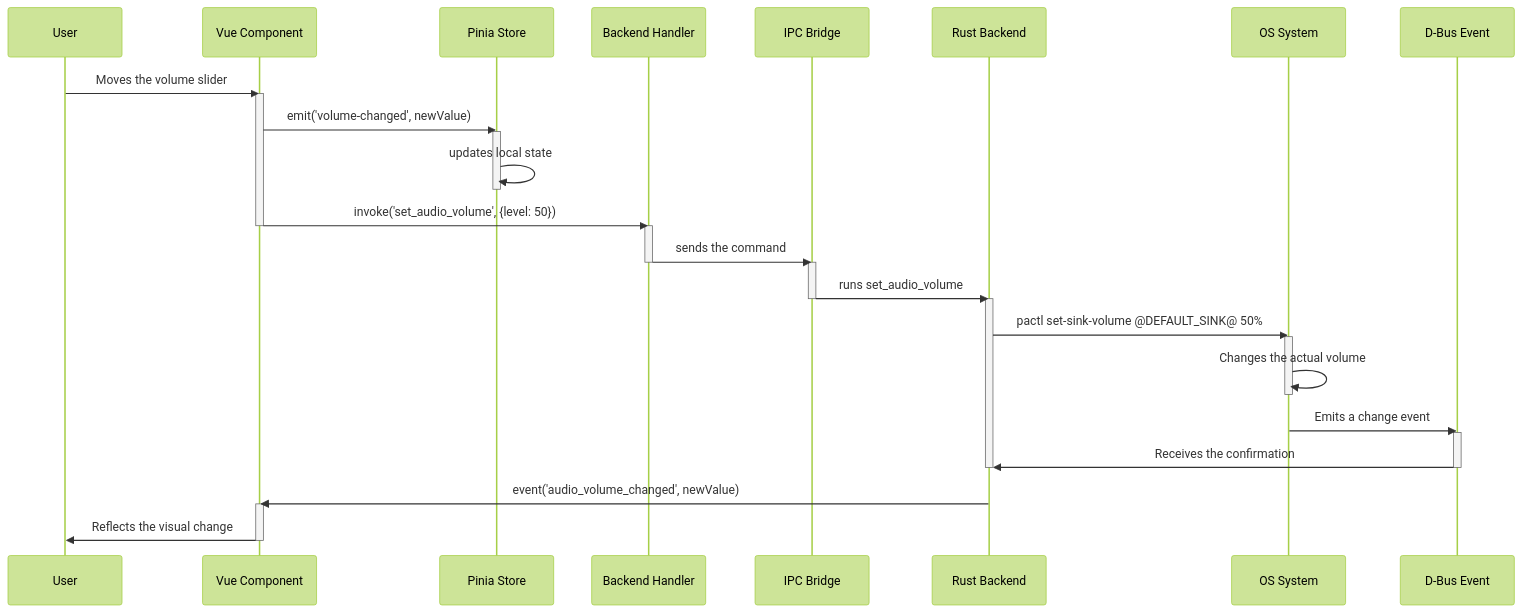
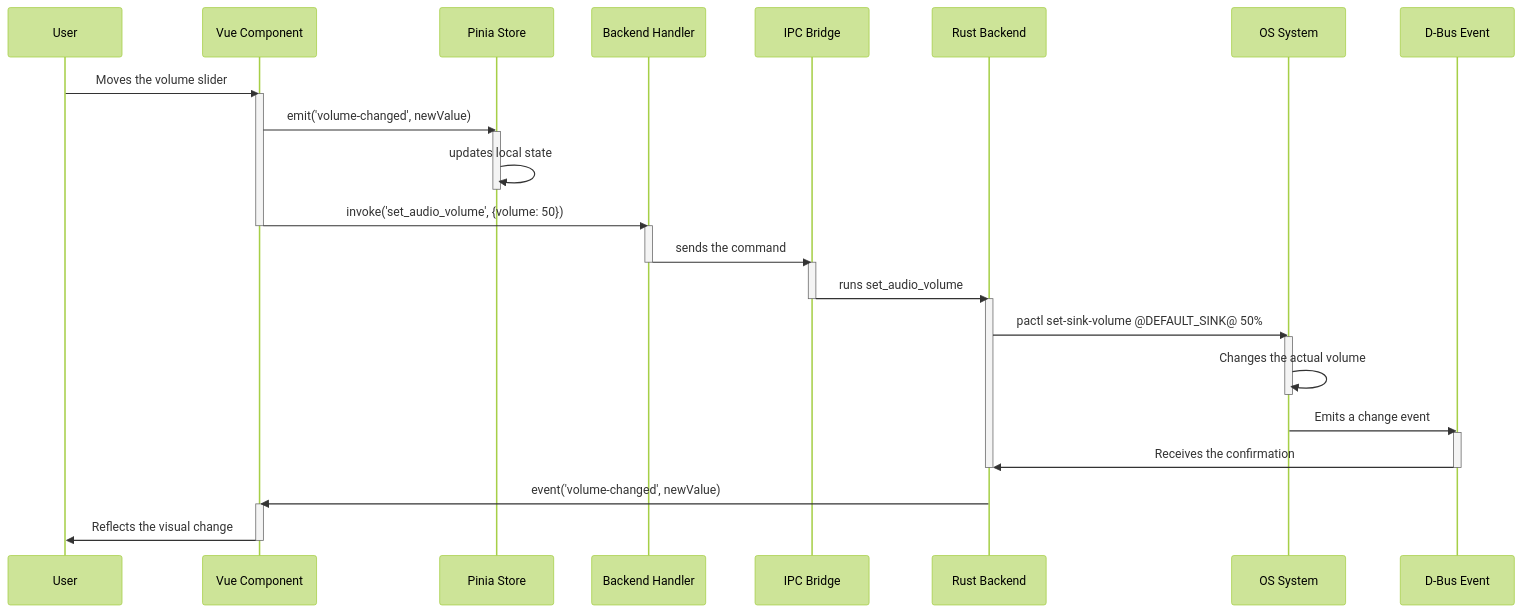
Before and after one commit to Vasak-OS/website: the fifth of 7 diagrams in content/docs/devs/vasak-desktop/architecture.en.md, drawn with Mermaid (forest theme). The commit also changed other lines of this file and 33 other files, not shown here.

```diff
--- a/content/docs/devs/vasak-desktop/architecture.en.md
+++ b/content/docs/devs/vasak-desktop/architecture.en.md
@@ -305,46 +300,46 @@
 {{< mermaid >}}
 sequenceDiagram
     participant User
     participant VueComponent as Vue Component
     participant PiniaStore as Pinia Store
     participant BackendHandler as Backend Handler
     participant IPCBridge as IPC Bridge
     participant BackendRust as Rust Backend
     participant SystemOS as OS System
     participant DBusEvent as D-Bus Event
     
     User->>VueComponent: Moves the volume slider
     activate VueComponent
     VueComponent->>PiniaStore: emit('volume-changed', newValue)
     activate PiniaStore
     PiniaStore->>PiniaStore: updates local state
     deactivate PiniaStore
     
-    VueComponent->>BackendHandler: invoke('set_audio_volume', {level: 50})
+    VueComponent->>BackendHandler: invoke('set_audio_volume', {volume: 50})
     deactivate VueComponent
     
     activate BackendHandler
     BackendHandler->>IPCBridge: sends the command
     deactivate BackendHandler
     
     activate IPCBridge
     IPCBridge->>BackendRust: runs set_audio_volume
     deactivate IPCBridge
     
     activate BackendRust
     BackendRust->>SystemOS: pactl set-sink-volume @DEFAULT_SINK@ 50%
     activate SystemOS
     SystemOS->>SystemOS: Changes the actual volume
     deactivate SystemOS
     
     SystemOS->>DBusEvent: Emits a change event
     activate DBusEvent
     DBusEvent->>BackendRust: Receives the confirmation
     deactivate DBusEvent
     deactivate BackendRust
     
-    BackendRust->>VueComponent: event('audio_volume_changed', newValue)
+    BackendRust->>VueComponent: event('volume-changed', newValue)
     activate VueComponent
     VueComponent->>User: Reflects the visual change
     deactivate VueComponent
 {{< /mermaid >}}
```
